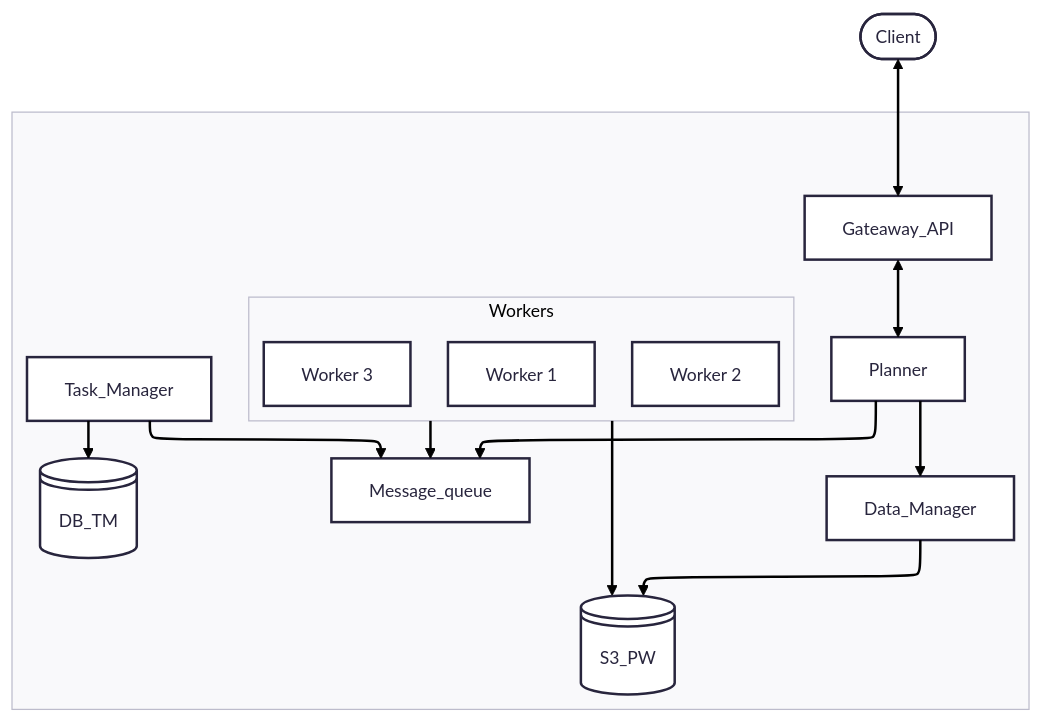
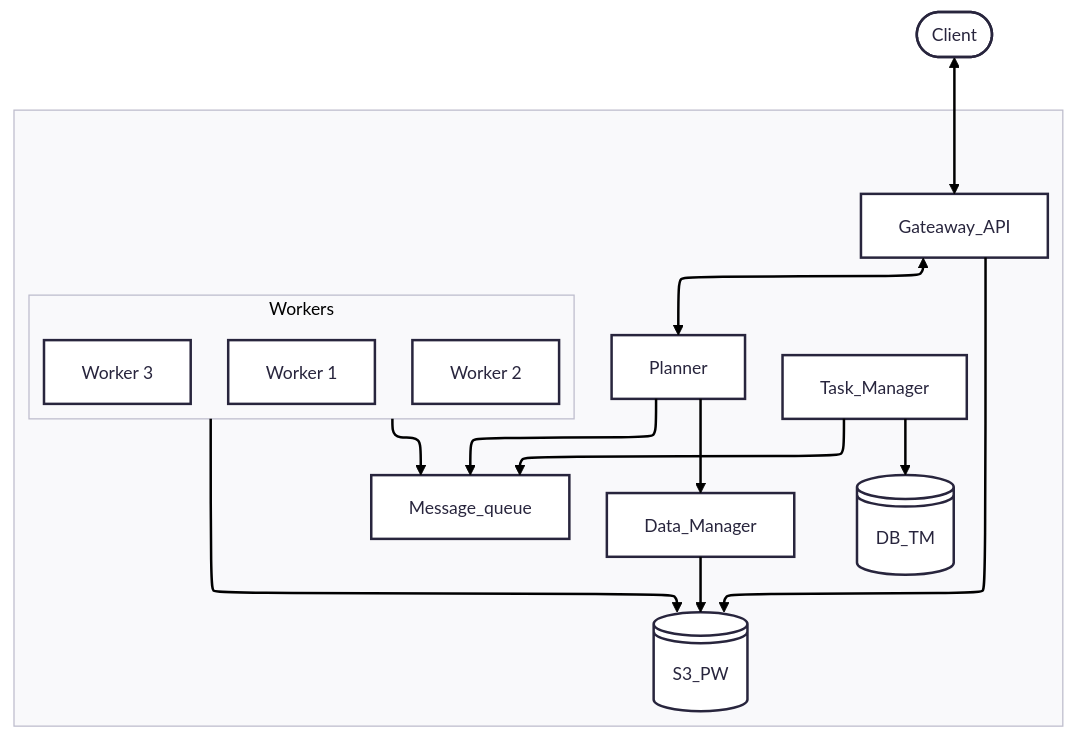
Before and after one commit to spbu-ds-practicum-2025/vss: the first of 2 diagrams in docs/tr.md, drawn with Mermaid. The commit also changed other lines of this file, not shown here.

Commit message:
edited architecture

````diff
--- a/docs/tr.md
+++ b/docs/tr.md
@@ -91,34 +91,35 @@
 ```mermaid
 ---
 config:
   theme: redux
   flowchart: {}
   layout: elk
 ---
 flowchart TD
  subgraph Workers["Workers"]
         n2["Worker 1"]
         n3["Worker 2"]
         n4["Worker 3"]
   end
  subgraph app[" "]
         Workers
         n5["Task_Manager"]
         n6["DB_TM"]
         n9["Data_Manager"]
         n1["Message_queue"]
         C["Planner"]
         B["Gateaway_API"]
         n7["S3_PW"]
   end
     A(["Client"]) <--> B
+    B --> n7
     B <--> C
     C --> n9 & n1
     n9 --> n7
     Workers --> n1 & n7
     n5 --> n1 & n6
     n6@{ shape: disk}
     n1@{ shape: rect}
     B@{ shape: rect}
     n7@{ shape: disk}
 ```
````
